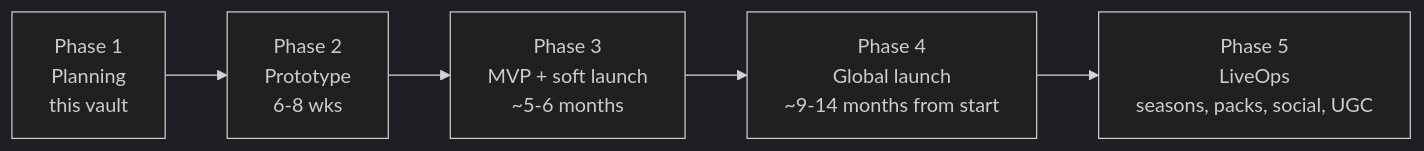
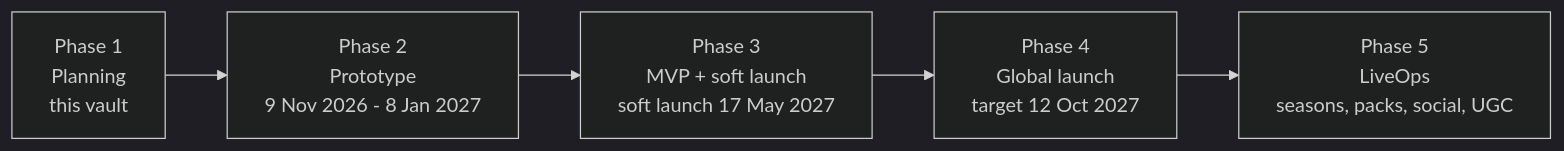
The diagram in docs/phase-1/00 Home.md (ZWITG/agent-weave-workbench), drawn with Mermaid (dark theme) before and after one commit. The commit also changed 13 other files, not shown here.

````diff
--- a/docs/phase-1/00 Home.md
+++ b/docs/phase-1/00 Home.md
@@ -40,7 +40,7 @@
 ```mermaid
 flowchart LR
-  P1[Phase 1<br/>Planning<br/>this vault] --> P2[Phase 2<br/>Prototype<br/>6-8 wks]
-  P2 --> P3[Phase 3<br/>MVP + soft launch<br/>~5-6 months]
-  P3 --> P4[Phase 4<br/>Global launch<br/>~9-14 months from start]
+  P1[Phase 1<br/>Planning<br/>this vault] --> P2[Phase 2<br/>Prototype<br/>9 Nov 2026 - 8 Jan 2027]
+  P2 --> P3[Phase 3<br/>MVP + soft launch<br/>soft launch 17 May 2027]
+  P3 --> P4[Phase 4<br/>Global launch<br/>target 12 Oct 2027]
   P4 --> P5[Phase 5<br/>LiveOps<br/>seasons, packs, social, UGC]
 ```
````
